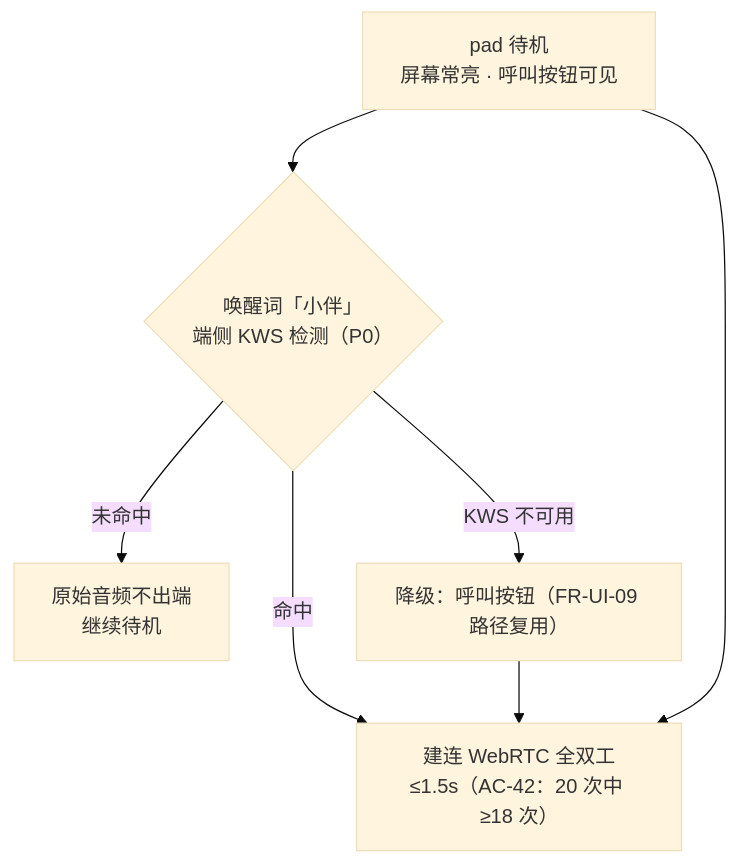
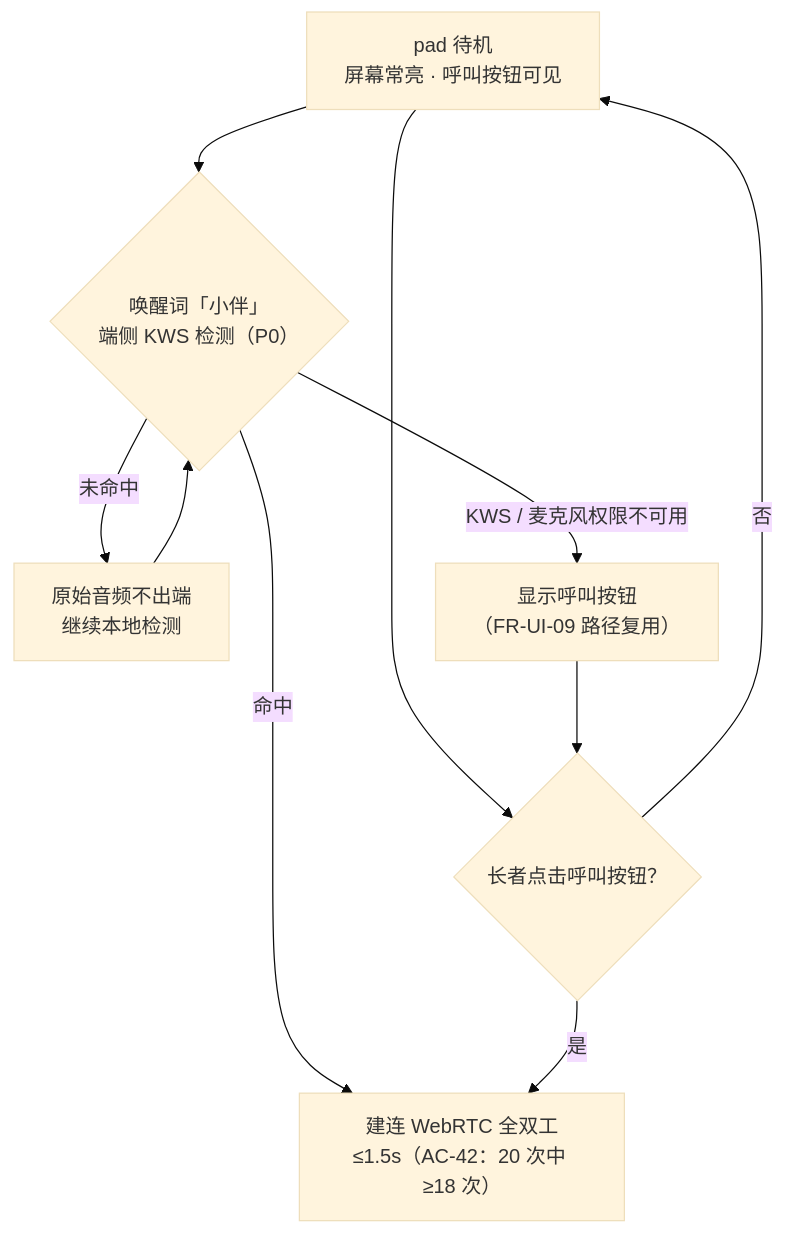
Before and after one commit to zha-yu/kangban: the first of 10 diagrams in docs/plans/day04/day-04-3D与身份闭环.md, drawn with Mermaid (base theme). The commit also changed other lines of this file and 10 other files, not shown here.

````diff
--- a/docs/plans/day04/day-04-3D与身份闭环.md
+++ b/docs/plans/day04/day-04-3D与身份闭环.md
@@ -191,10 +191,13 @@
 ```mermaid
 flowchart TD
     A["pad 待机<br/>屏幕常亮 · 呼叫按钮可见"]
     A --> B{"唤醒词「小伴」<br/>端侧 KWS 检测（P0）"}
     B -- "命中" --> C["建连 WebRTC 全双工<br/>≤1.5s（AC-42：20 次中 ≥18 次）"]
-    B -- "未命中" --> A2["原始音频不出端<br/>继续待机"]
-    B -- "KWS 不可用" --> D["降级：呼叫按钮（FR-UI-09 路径复用）"]
-    D --> C
-    A --> C
+    B -- "未命中" --> A2["原始音频不出端<br/>继续本地检测"]
+    A2 --> B
+    B -- "KWS / 麦克风权限不可用" --> D["显示呼叫按钮<br/>（FR-UI-09 路径复用）"]
+    A --> E{"长者点击呼叫按钮？"}
+    E -- "是" --> C
+    E -- "否" --> A
+    D --> E
 ```
````
